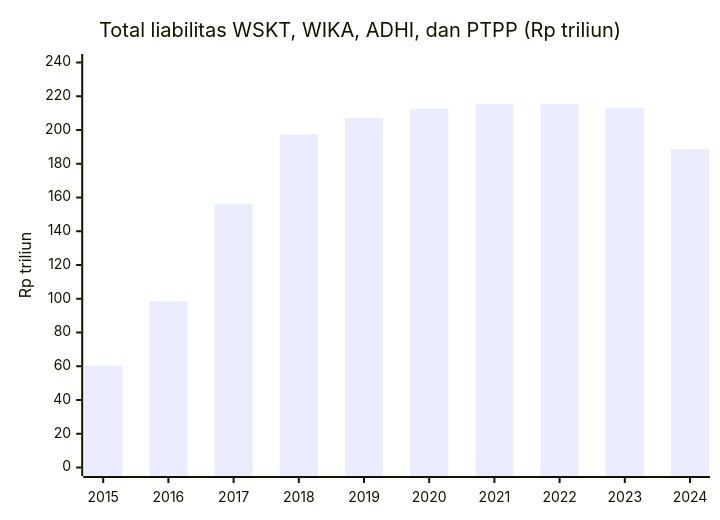
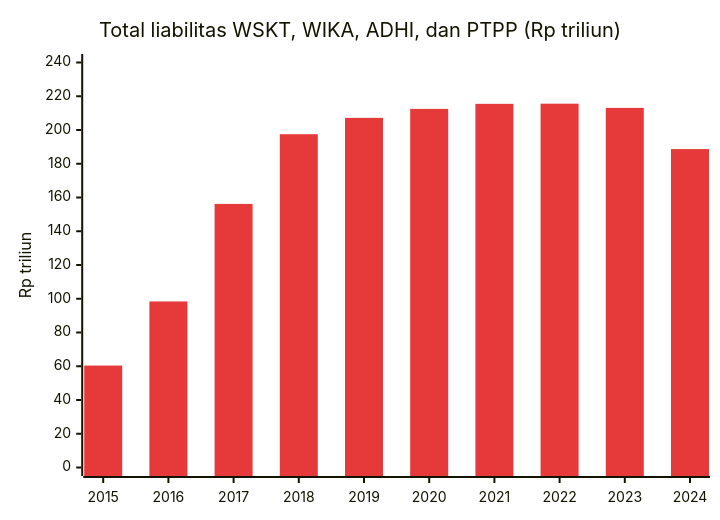
One commit to adjiebrotot/blog changed the second of 2 diagrams in id/_posts/2026-11-08-pemerintah-berbohong-dengan-data.md. Above: the diagram before and after it, drawn with Mermaid. The commit also changed other lines of this file, not shown here.

Commit message:
Indonesian post: evaluator fixes, verified data, chart colours
Claude-Session: https://claude.ai/code/session_01LjR4miXSWKC8Lhidd4noKL

````diff
--- a/id/_posts/2026-11-08-pemerintah-berbohong-dengan-data.md
+++ b/id/_posts/2026-11-08-pemerintah-berbohong-dengan-data.md
@@ -188,7 +189,8 @@
 ```mermaid
+%%{init: {"themeVariables": {"xyChart": {"plotColorPalette": "#E63939"}}}}%%
 xychart-beta
   title "Total liabilitas WSKT, WIKA, ADHI, dan PTPP (Rp triliun)"
   x-axis [2015, 2016, 2017, 2018, 2019, 2020, 2021, 2022, 2023, 2024]
   y-axis "Rp triliun" 0 --> 240
   bar [60.4, 98.4, 156.2, 197.5, 207.2, 212.5, 215.5, 215.6, 213.1, 188.7]
 ```
````
